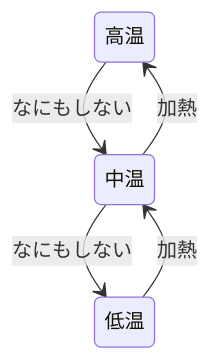
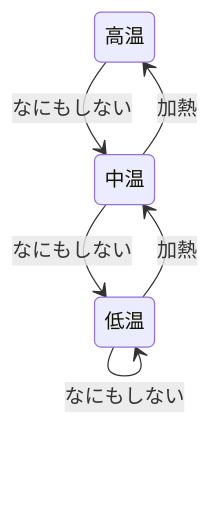
The diagram in systemwithmemory/systemwithmemory.md (nishinojunji/IntroductionToSoftComputing), drawn with Mermaid before and after one commit.

````diff
--- a/systemwithmemory/systemwithmemory.md
+++ b/systemwithmemory/systemwithmemory.md
@@ -18,7 +18,8 @@
 ```mermaid
 stateDiagram-v2
     高温-->中温:なにもしない
     中温-->高温:加熱
     中温-->低温:なにもしない
+    低温-->低温:なにもしない
     低温-->中温:加熱
 ```
````
